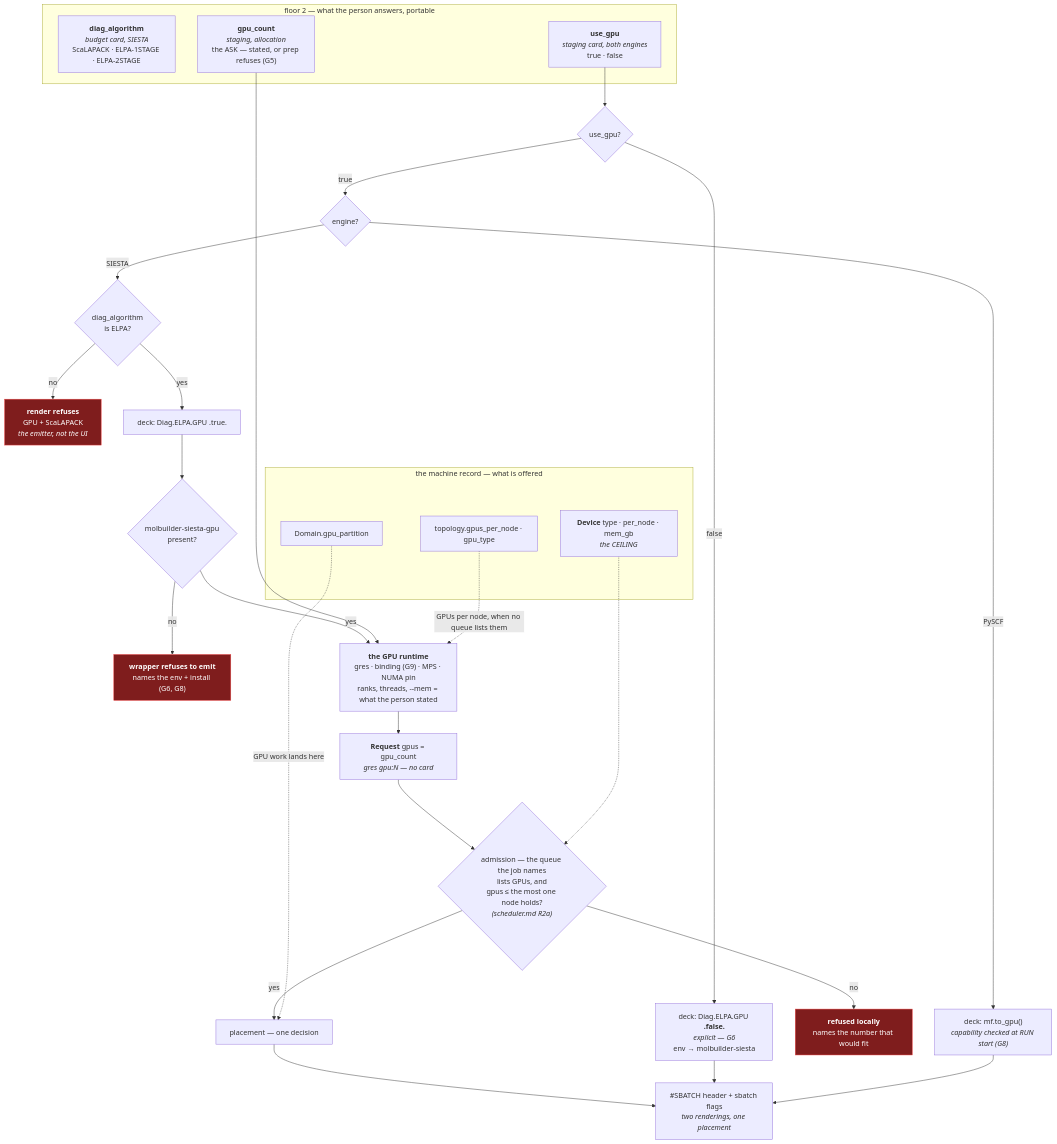
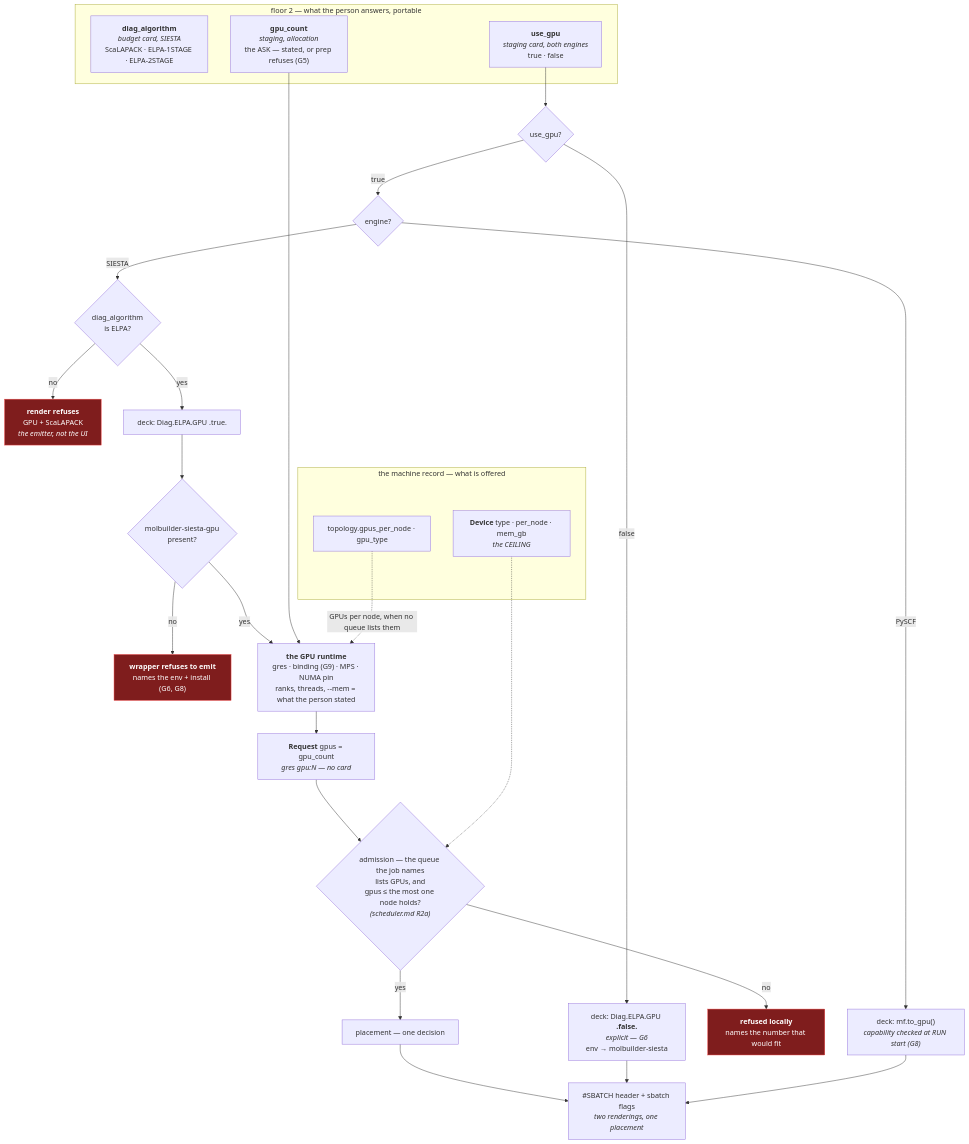
The diagram in docs/execution/gpu.md (Qing-LAB/molbuilder), drawn with Mermaid before and after one commit. The commit also changed other lines of this file and 12 other files, not shown here.

````diff
--- a/docs/execution/gpu.md
+++ b/docs/execution/gpu.md
@@ -210,44 +208,42 @@
 ```mermaid
 flowchart TB
     subgraph ASK["floor 2 — what the person answers, portable"]
         SOLVER["<b>diag_algorithm</b><br/><i>budget card, SIESTA</i><br/>ScaLAPACK · ELPA-1STAGE · ELPA-2STAGE"]
         WANT["<b>use_gpu</b><br/><i>staging card, both engines</i><br/>true · false"]
         COUNT["<b>gpu_count</b><br/><i>staging, allocation</i><br/>the ASK — stated, or prep refuses (G5)"]
     end
 
     subgraph MACH["the machine record — what is offered"]
         DEV["<b>Device</b> type · per_node · mem_gb<br/><i>the CEILING</i>"]
         TOPO["topology.gpus_per_node · gpu_type"]
-        PART["Domain.gpu_partition"]
     end
 
     WANT --> Q1{"use_gpu?"}
     Q1 -->|false| CPU["deck: Diag.ELPA.GPU <b>.false.</b><br/><i>explicit — G6</i><br/>env → molbuilder-siesta"]
     Q1 -->|true| Q2{"engine?"}
 
     Q2 -->|SIESTA| Q3{"diag_algorithm<br/>is ELPA?"}
     Q3 -->|no| REFUSE1["<b>render refuses</b><br/>GPU + ScaLAPACK<br/><i>the emitter, not the UI</i>"]
     Q3 -->|yes| DECK["deck: Diag.ELPA.GPU .true."]
     Q2 -->|PySCF| PYDECK["deck: mf.to_gpu()<br/><i>capability checked at RUN start (G8)</i>"]
 
     DECK --> ENV{"molbuilder-siesta-gpu<br/>present?"}
     ENV -->|no| REFUSE2["<b>wrapper refuses to emit</b><br/>names the env + install (G6, G8)"]
     ENV -->|yes| RT["<b>the GPU runtime</b><br/>gres · binding (G9) · MPS · NUMA pin<br/>ranks, threads, --mem = what the person stated"]
 
     COUNT --> RT
     TOPO -.->|"GPUs per node, when no queue lists them"| RT
     RT --> REQ["<b>Request</b> gpus = gpu_count<br/><i>gres gpu:N — no card</i>"]
 
     REQ --> ADMIT{"admission — the queue the job names<br/>lists GPUs, and<br/>gpus ≤ the most one node holds?<br/><i>(scheduler.md R2a)</i>"}
     DEV -.-> ADMIT
     ADMIT -->|no| REFUSE3["<b>refused locally</b><br/>names the number that would fit"]
     ADMIT -->|yes| PLACE["placement — one decision"]
-    PART -.->|"GPU work lands here"| PLACE
     PLACE --> OUT["#SBATCH header + sbatch flags<br/><i>two renderings, one placement</i>"]
 
     CPU --> OUT
     PYDECK --> OUT
 
     classDef refuse fill:#7f1d1d,stroke:#ef4444,color:#fff
     class REFUSE1,REFUSE2,REFUSE3 refuse
 ```
````
